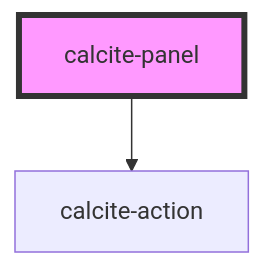
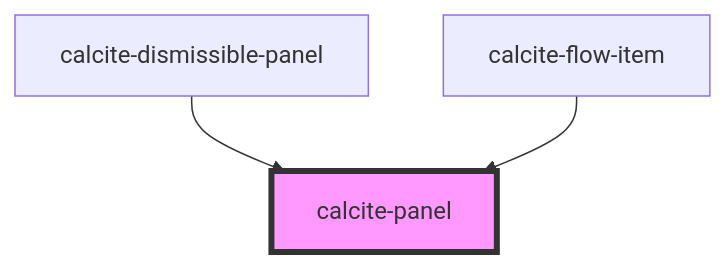
One commit to Esri/calcite-app-components changed the diagram in src/components/calcite-panel/readme.md. Above: the diagram before and after it, drawn with Mermaid. The commit also changed other lines of this file and 10 other files, not shown here.

````diff
--- a/src/components/calcite-panel/readme.md
+++ b/src/components/calcite-panel/readme.md
@@ -28,5 +22,6 @@
 ```mermaid
 graph TD;
-  calcite-panel --> calcite-action
+  calcite-dismissible-panel --> calcite-panel
+  calcite-flow-item --> calcite-panel
   style calcite-panel fill:#f9f,stroke:#333,stroke-width:4px
 ```
````
